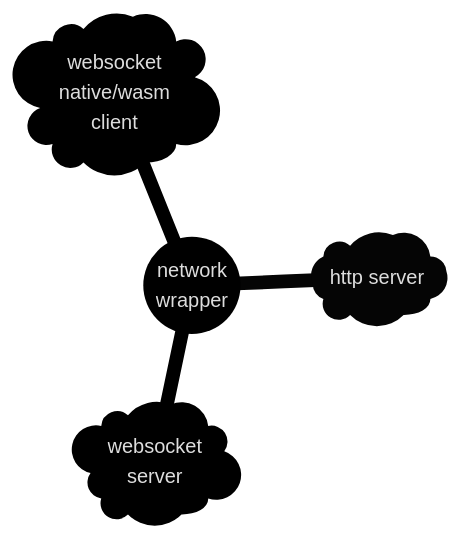
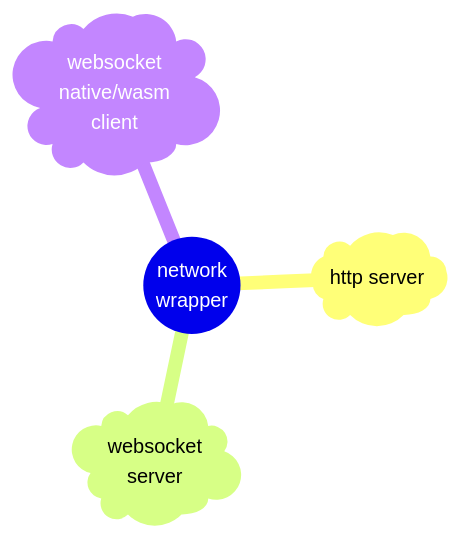
One commit to GuillaumeBouchetEpitech/all-cpp-websocket-client-server changed the fourth of 4 diagrams in README.md. Above: the diagram before and after it, drawn with Mermaid. The commit also changed other lines of this file and 27 other files, not shown here.

````diff
--- a/README.md
+++ b/README.md
@@ -273,26 +231,9 @@
 ```mermaid
-
-%%{
-  init: {
-    'theme': 'base',
-    'themeVariables': {
-      'primaryColor': '#242424',
-      'primaryTextColor': '#DDD',
-      'primaryBorderColor': '#000',
-      'lineColor': '#A0A0A0',
-      'secondaryColor': '#454545',
-      'tertiaryColor': '#353535'
-    }
-  }
-}%%
 
 mindmap
   root(("network<br>wrapper"))
     http_server)"http server"(
     ws_server)"websocket<br>server"(
     ws_client)"websocket<br>native/wasm<br>client"(
 
-
-
-
 ```
````
